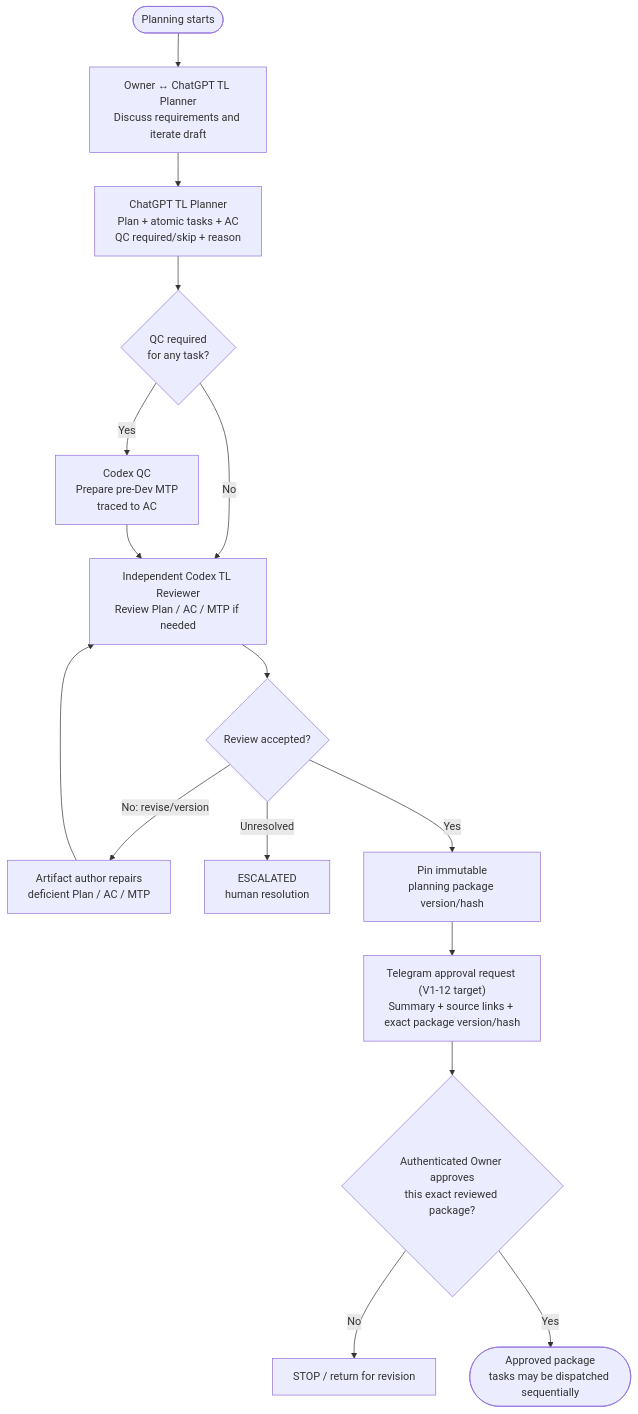
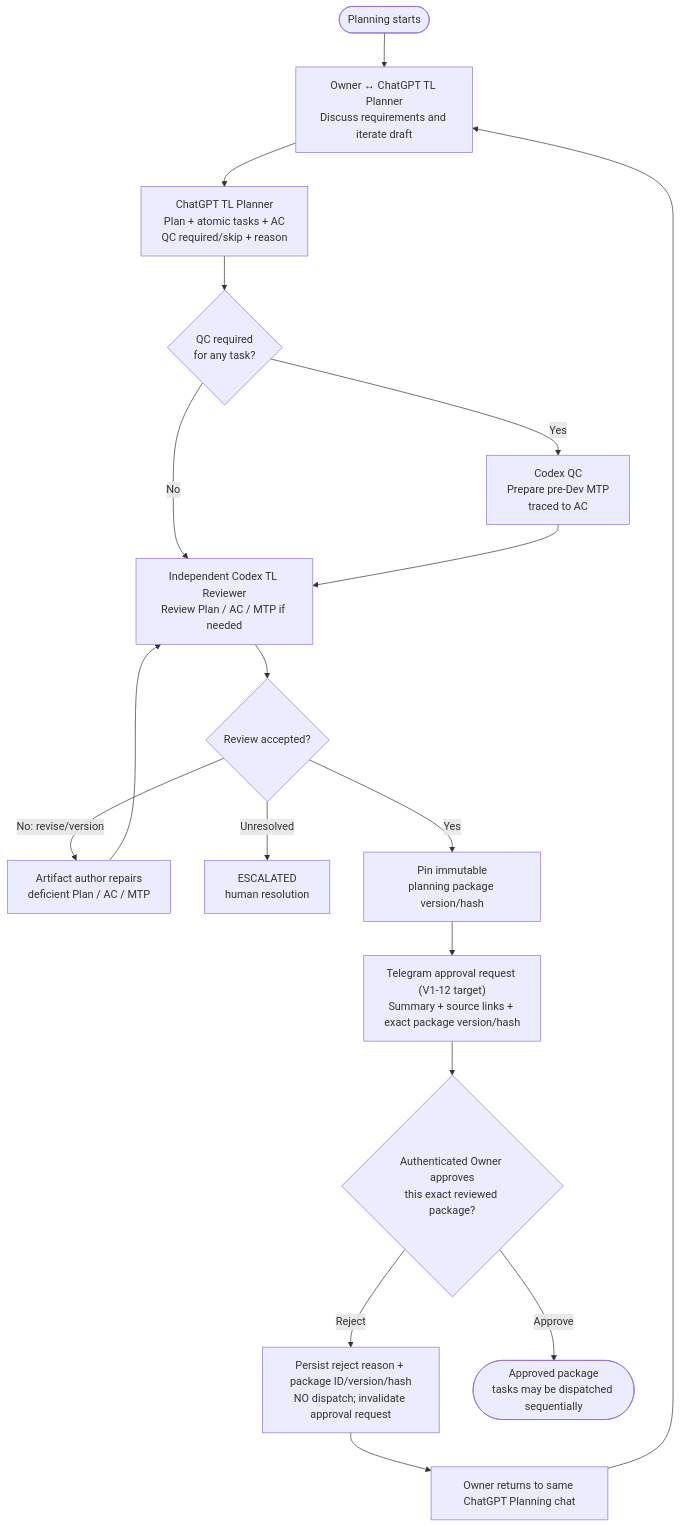
Before and after one commit to builacviet/agent-workflow: the second of 4 diagrams in docs/v1-visual-flows.md, drawn with Mermaid. The commit also changed other lines of this file, not shown here.

Commit message:
docs(V1): define Owner Reject to same ChatGPT planning chat feedback retrieval loop

````diff
--- a/docs/v1-visual-flows.md
+++ b/docs/v1-visual-flows.md
@@ -73,18 +74,20 @@
 ```mermaid
 flowchart TD
   START([Planning starts]) --> DISCUSS["Owner ↔ ChatGPT TL Planner<br/>Discuss requirements and iterate draft"]
   DISCUSS --> PLAN["ChatGPT TL Planner<br/>Plan + atomic tasks + AC<br/>QC required/skip + reason"]
   PLAN --> QCQ{"QC required<br/>for any task?"}
   QCQ -->|Yes| MTP["Codex QC<br/>Prepare pre-Dev MTP<br/>traced to AC"]
   QCQ -->|No| REV["Independent Codex TL Reviewer<br/>Review Plan / AC / MTP if needed"]
   MTP --> REV
   REV --> RV{"Review accepted?"}
   RV -->|No: revise/version| FIX["Artifact author repairs<br/>deficient Plan / AC / MTP"]
   FIX --> REV
   RV -->|Unresolved| ESC["ESCALATED<br/>human resolution"]
   RV -->|Yes| PIN["Pin immutable<br/>planning package version/hash"]
   PIN --> TG["Telegram approval request (V1-12 target)<br/>Summary + source links + exact package version/hash"]
   TG --> APPROVE{"Authenticated Owner approves<br/>this exact reviewed package?"}
-  APPROVE -->|No| HOLD["STOP / return for revision"]
-  APPROVE -->|Yes| READY(["Approved package<br/>tasks may be dispatched sequentially"])
+  APPROVE -->|Reject| REJECT["Persist reject reason + package ID/version/hash<br/>NO dispatch; invalidate approval request"]
+  REJECT --> REOPEN["Owner returns to same ChatGPT Planning chat"]
+  REOPEN --> DISCUSS
+  APPROVE -->|Approve| READY(["Approved package<br/>tasks may be dispatched sequentially"])
 ```
````
